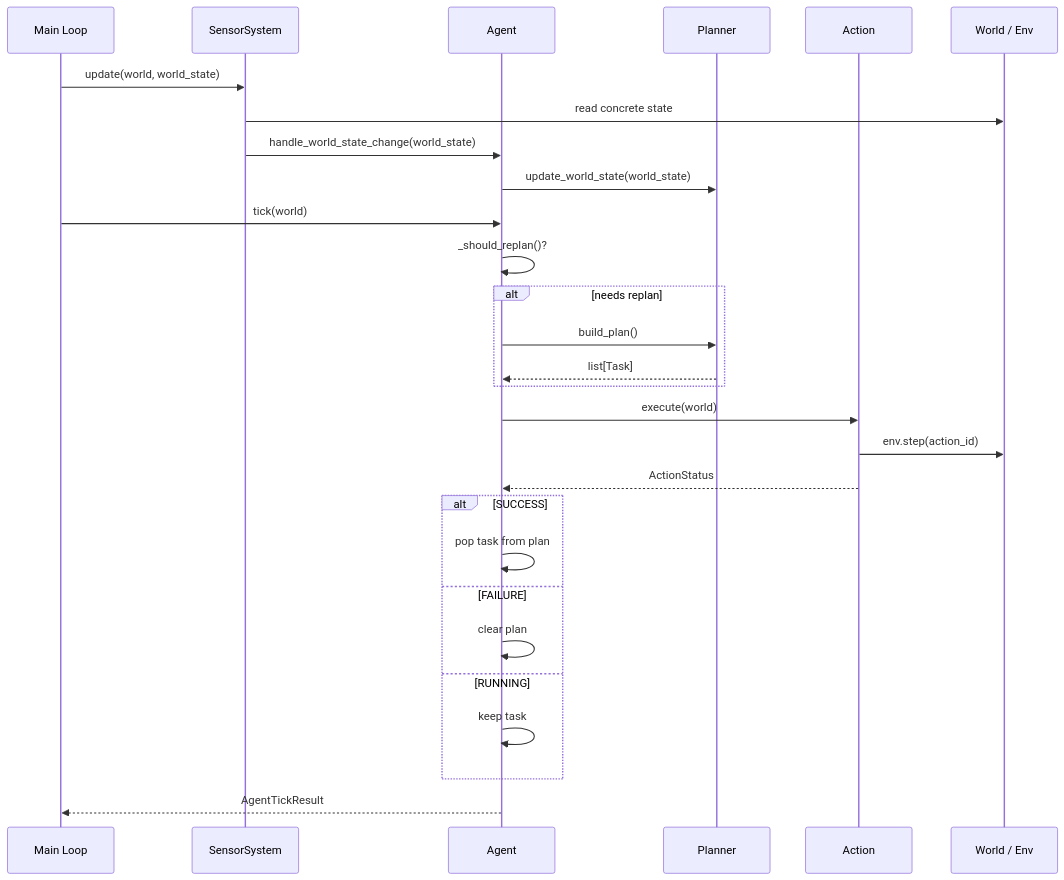
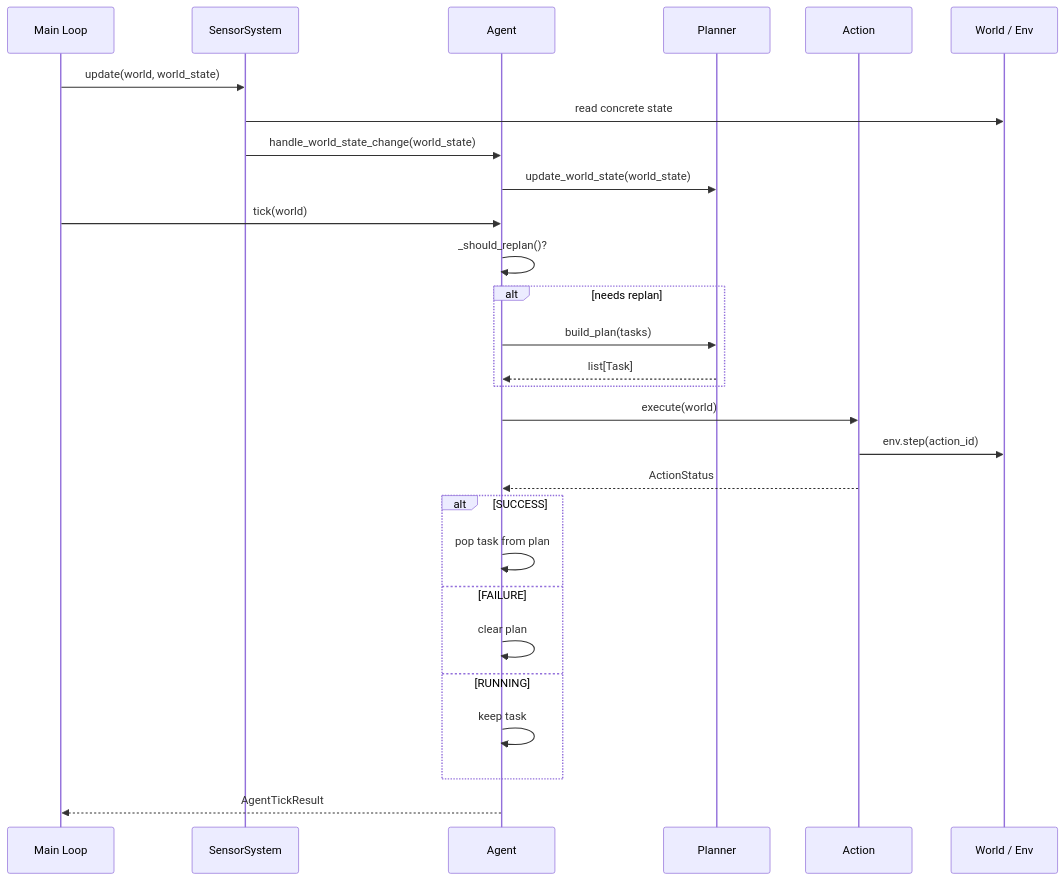
The first of 2 diagrams in src/htn/README.md (AndersonGACFilho/htn-goap-morl-agent), drawn with Mermaid before and after one commit. The commit also changed other lines of this file and 9 other files, not shown here.

````diff
--- a/src/htn/README.md
+++ b/src/htn/README.md
@@ -531,36 +546,36 @@
 ```mermaid
 sequenceDiagram
     participant MainLoop as Main Loop
     participant SensorSystem
     participant Agent
     participant Planner
     participant Action
     participant Env as World / Env
 
     MainLoop->>SensorSystem: update(world, world_state)
     SensorSystem->>Env: read concrete state
     SensorSystem->>Agent: handle_world_state_change(world_state)
     Agent->>Planner: update_world_state(world_state)
 
     MainLoop->>Agent: tick(world)
     Agent->>Agent: _should_replan()?
 
     alt needs replan
-        Agent->>Planner: build_plan()
+        Agent->>Planner: build_plan(tasks)
         Planner-->>Agent: list[Task]
     end
 
     Agent->>Action: execute(world)
     Action->>Env: env.step(action_id)
     Action-->>Agent: ActionStatus
 
     alt SUCCESS
         Agent->>Agent: pop task from plan
     else FAILURE
         Agent->>Agent: clear plan
     else RUNNING
         Agent->>Agent: keep task
     end
 
     Agent-->>MainLoop: AgentTickResult
 ```
````
